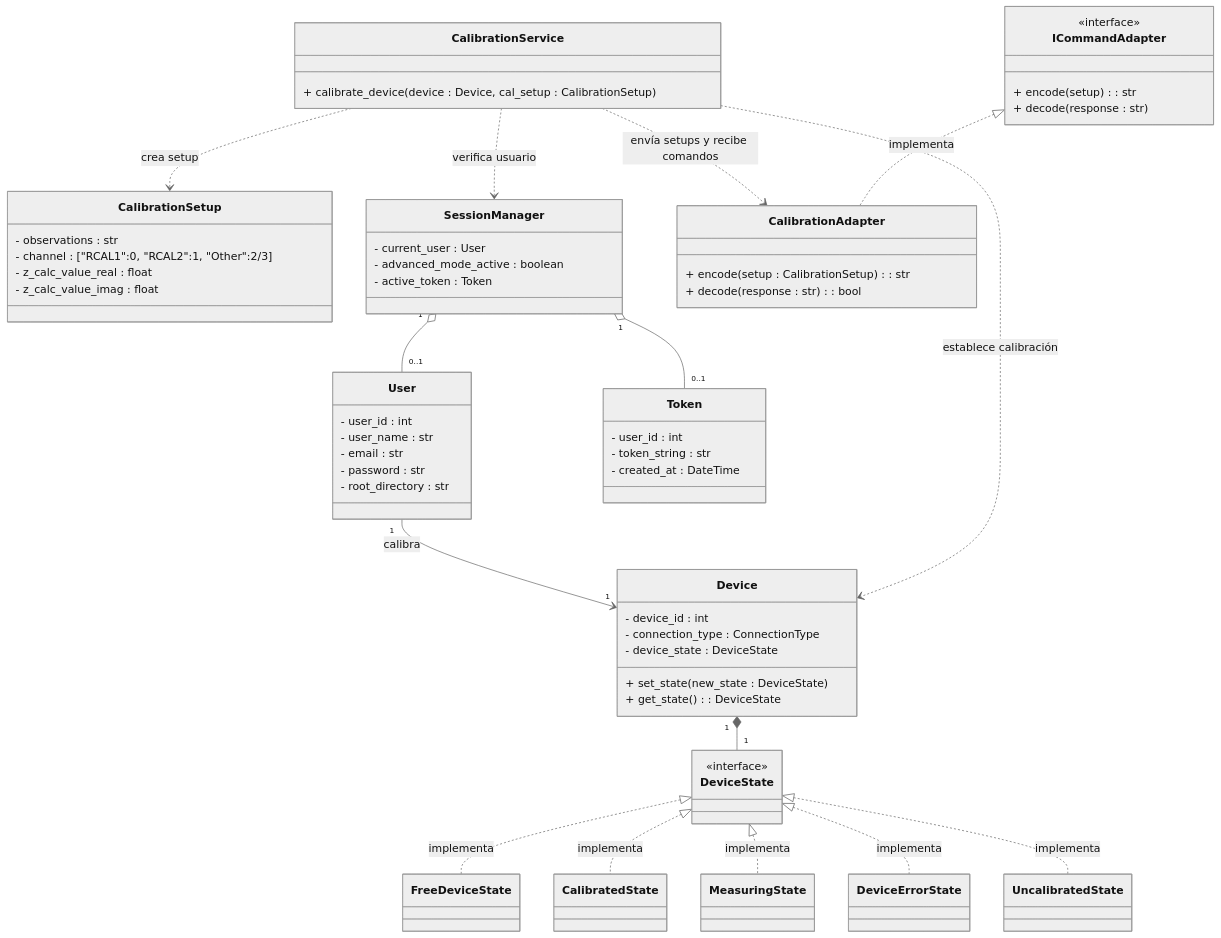
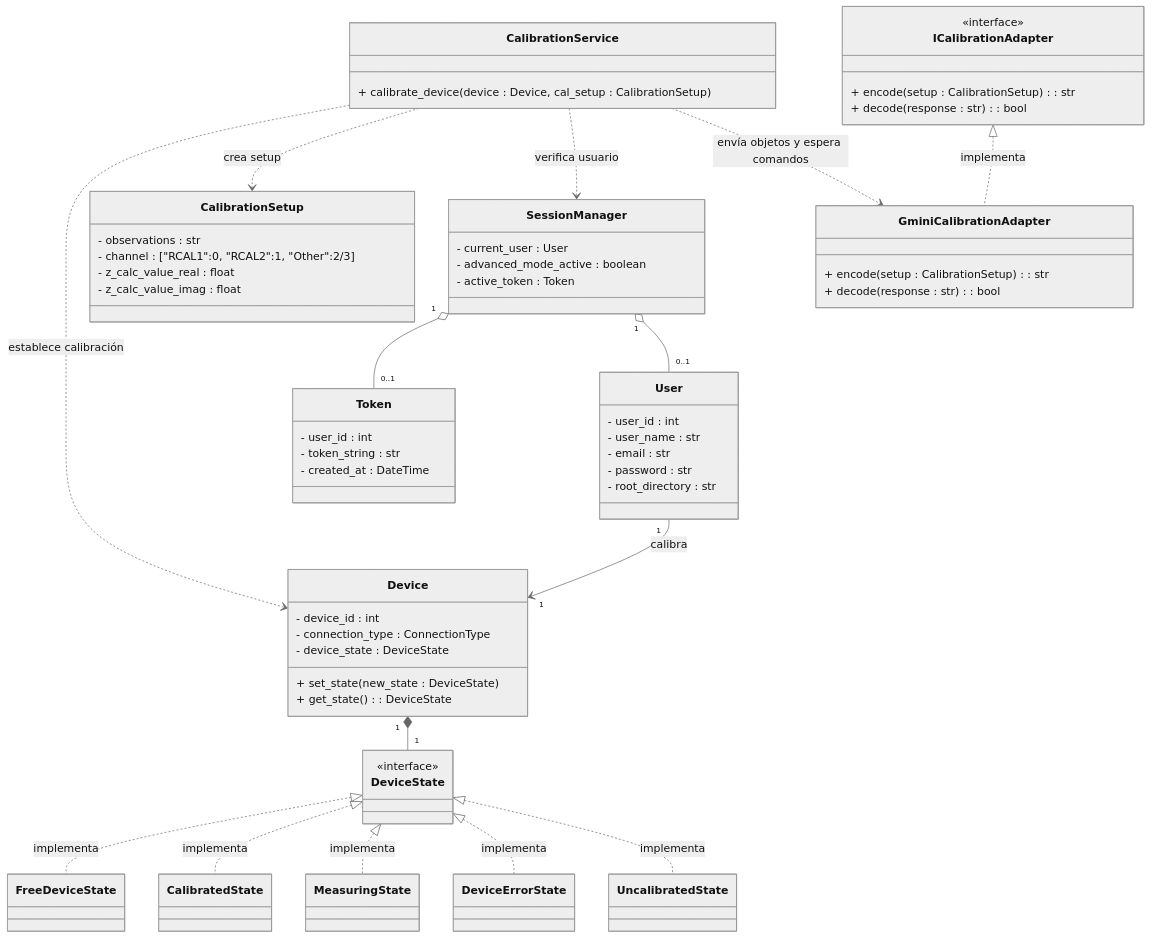
Before and after one commit to alegrelias/Repo-GMini: the third of 6 diagrams in Gmini-MarkDown/Diagramas/Clases Conceptuales.md, drawn with Mermaid (neutral theme). The commit also changed other lines of this file, not shown here.

Commit message:
Se modifica diagrama de clases

````diff
--- a/Gmini-MarkDown/Diagramas/Clases Conceptuales.md
+++ b/Gmini-MarkDown/Diagramas/Clases Conceptuales.md
@@ -497,16 +503,17 @@
 	- created_at : DateTime
 }
 
-class ICommandAdapter{
-    <<interface>>
-    + encode(setup) : str
-    + decode(response : str)
+%% patron adapter
+class ICalibrationAdapter{ 
+	<<interface>>
+	+ encode(setup : CalibrationSetup) : str 
+	+ decode(response : str) : bool 
 }
 
-class CalibrationAdapter{
-    + encode(setup : CalibrationSetup) : str
-    + decode(response : str) : bool
-}
+class GminiCalibrationAdapter{ 
+	+ encode(setup : CalibrationSetup) : str 
+	+ decode(response : str) : bool 
+} 
 
 %% relaciones
 User "1"-->"1" Device : calibra
@@ -516,9 +523,12 @@
 SessionManager "1"o--"0..1" Token
 SessionManager "1"o--"0..1" User
 
-CalibrationService ..> CalibrationAdapter : envía setups y recibe comandos
+ICalibrationAdapter <|.. GminiCalibrationAdapter : implementa
+
+
+
 CalibrationService ..> Device : establece calibración
 CalibrationService ..> CalibrationSetup : crea setup
 CalibrationService ..> SessionManager : verifica usuario
-ICommandAdapter <|.. CalibrationAdapter : implementa
+CalibrationService ..> GminiCalibrationAdapter : envía objetos y espera comandos
 ```
````
